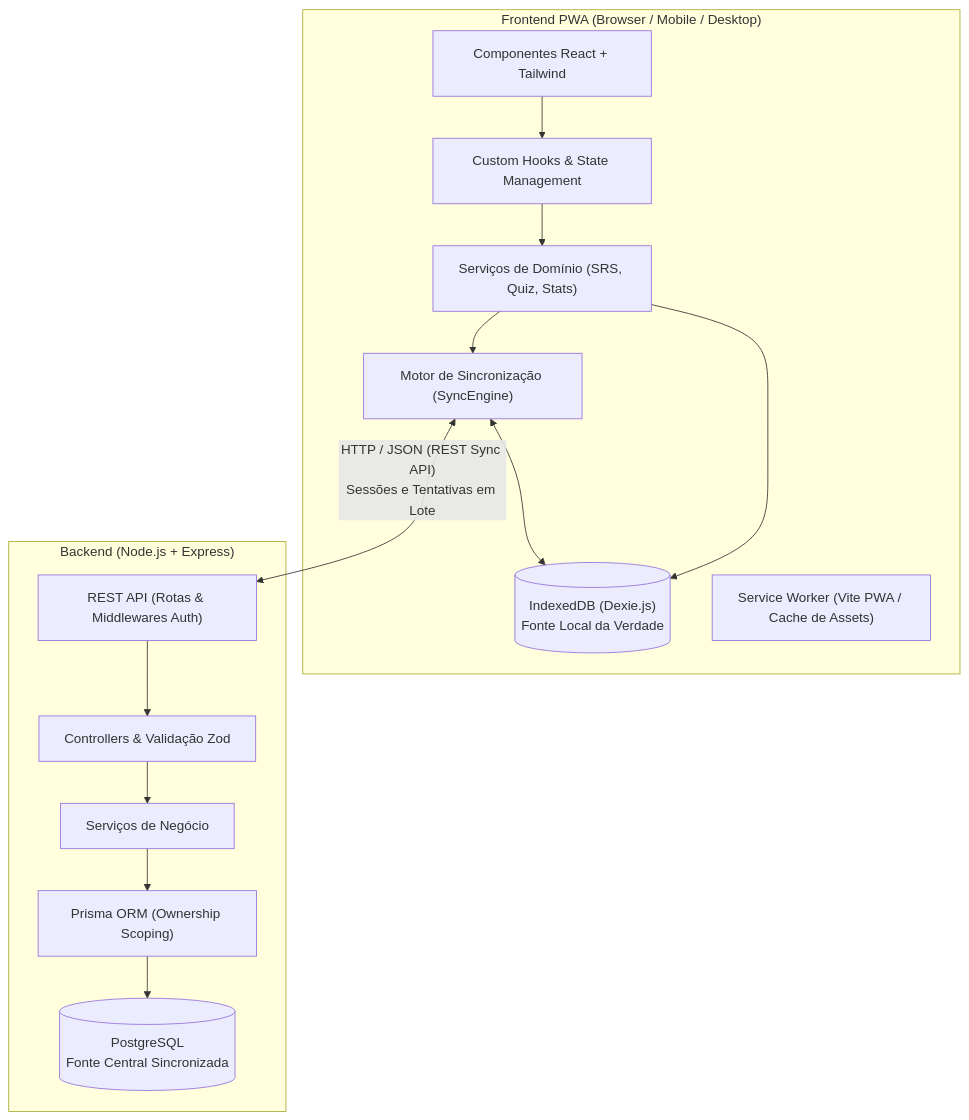
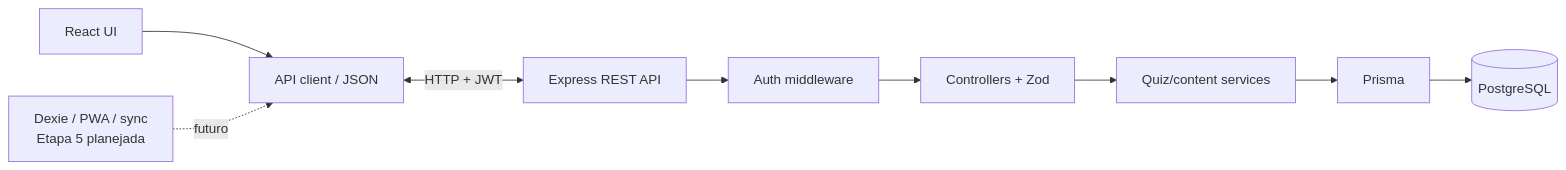
Before and after one commit to JadsonPaz/Bokken-: the diagram in docs/ARCHITECTURE.md, drawn with Mermaid. The commit also changed other lines of this file and 22 other files, not shown here.

````diff
--- a/docs/ARCHITECTURE.md
+++ b/docs/ARCHITECTURE.md
@@ -11,32 +11,7 @@
 ```mermaid
-flowchart TD
-    subgraph Client ["Frontend PWA (Browser / Mobile / Desktop)"]
-        UI["Componentes React + Tailwind"]
-        Hooks["Custom Hooks & State Management"]
-        DomainService["Serviços de Domínio (SRS, Quiz, Stats)"]
-        SyncEngine["Motor de Sincronização (SyncEngine)"]
-        DexieDB[("IndexedDB (Dexie.js)\nFonte Local da Verdade")]
-        SW["Service Worker (Vite PWA / Cache de Assets)"]
-
-        UI --> Hooks
-        Hooks --> DomainService
-        DomainService --> DexieDB
-        DomainService --> SyncEngine
-        SyncEngine <--> DexieDB
-    end
-
-    subgraph Server ["Backend (Node.js + Express)"]
-        API["REST API (Rotas & Middlewares Auth)"]
-        Controllers["Controllers & Validação Zod"]
-        Services["Serviços de Negócio"]
-        PrismaORM["Prisma ORM (Ownership Scoping)"]
-        Postgres[("PostgreSQL\nFonte Central Sincronizada")]
-
-        API --> Controllers
-        Controllers --> Services
-        Services --> PrismaORM
-        PrismaORM --> Postgres
-    end
-
-    SyncEngine <--"HTTP / JSON (REST Sync API)\nSessões e Tentativas em Lote"--> API
+flowchart LR
+    UI["React UI"] --> Client["API client / JSON"]
+    Client <-->|"HTTP + JWT"| API["Express REST API"]
+    API --> Auth["Auth middleware"] --> Controller["Controllers + Zod"] --> Service["Quiz/content services"] --> Prisma["Prisma"] --> DB[("PostgreSQL")]
+    Future["Dexie / PWA / sync\nEtapa 5 planejada"] -. futuro .-> Client
 ```
````
